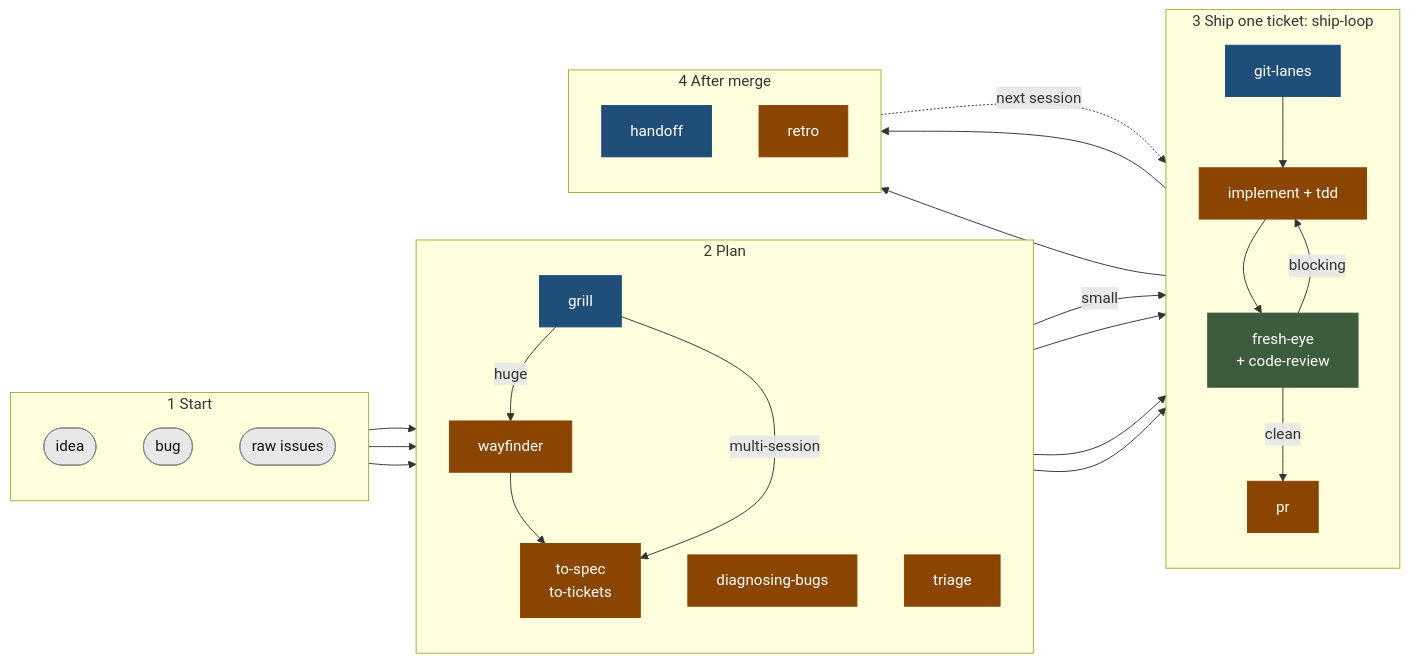
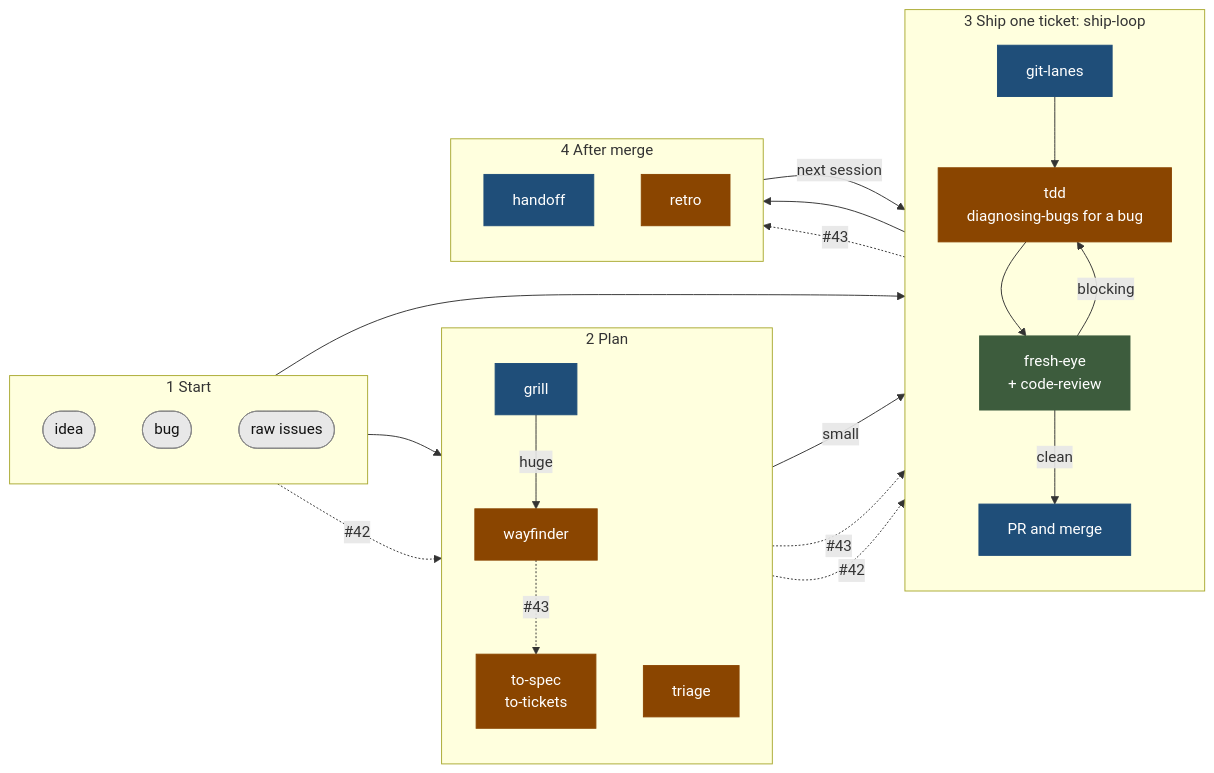
The diagram in README.md (emmanuelwunjc/yw-workflow), drawn with Mermaid before and after one commit. The commit also changed other lines of this file and 2 other files, not shown here.

````diff
--- a/README.md
+++ b/README.md
@@ -37,49 +40,47 @@
 ```mermaid
 flowchart LR
     subgraph S1 [1 Start]
         direction TB
         idea([idea]):::start
         bug([bug]):::start
         inbox([raw issues]):::start
     end
     subgraph S2 [2 Plan]
         direction TB
         grill[grill]:::yw
         way[wayfinder]:::matt
         spec[to-spec<br/>to-tickets]:::matt
-        diag[diagnosing-bugs]:::matt
         triage[triage]:::matt
     end
     subgraph S3 [3 Ship one ticket: ship-loop]
         direction TB
         lanes[git-lanes]:::yw
-        build[implement + tdd]:::matt
+        build[tdd<br/>diagnosing-bugs for a bug]:::matt
         review[fresh-eye<br/>+ code-review]:::both
-        pr[pr]:::matt
+        merge[PR and merge]:::yw
         lanes --> build --> review
         review -->|blocking| build
-        review -->|clean| pr
+        review -->|clean| merge
     end
     subgraph S4 [4 After merge]
         direction TB
         handoff[handoff]:::yw
         retro[retro]:::matt
     end
     idea --> grill
-    grill -->|huge| way --> spec
-    grill -->|multi-session| spec
-    bug --> diag
-    inbox --> triage
+    grill -->|huge| way
     grill -->|small| lanes
-    spec --> lanes
-    diag --> lanes
-    triage --> lanes
-    pr --> handoff
-    pr --> retro
-    handoff -.->|next session| lanes
+    bug --> lanes
+    inbox -.->|#42| triage
+    way -.->|#43| spec
+    spec -.->|#43| lanes
+    triage -.->|#42| lanes
+    merge --> handoff
+    merge -.->|#43| retro
+    handoff -->|next session| lanes
 
     classDef yw fill:#1f4e79,stroke:#1f4e79,color:#ffffff
     classDef matt fill:#8a4500,stroke:#8a4500,color:#ffffff
     classDef both fill:#3d5c3d,stroke:#3d5c3d,color:#ffffff
     classDef start fill:#e8e8e8,stroke:#888888,color:#111111
 ```
````
